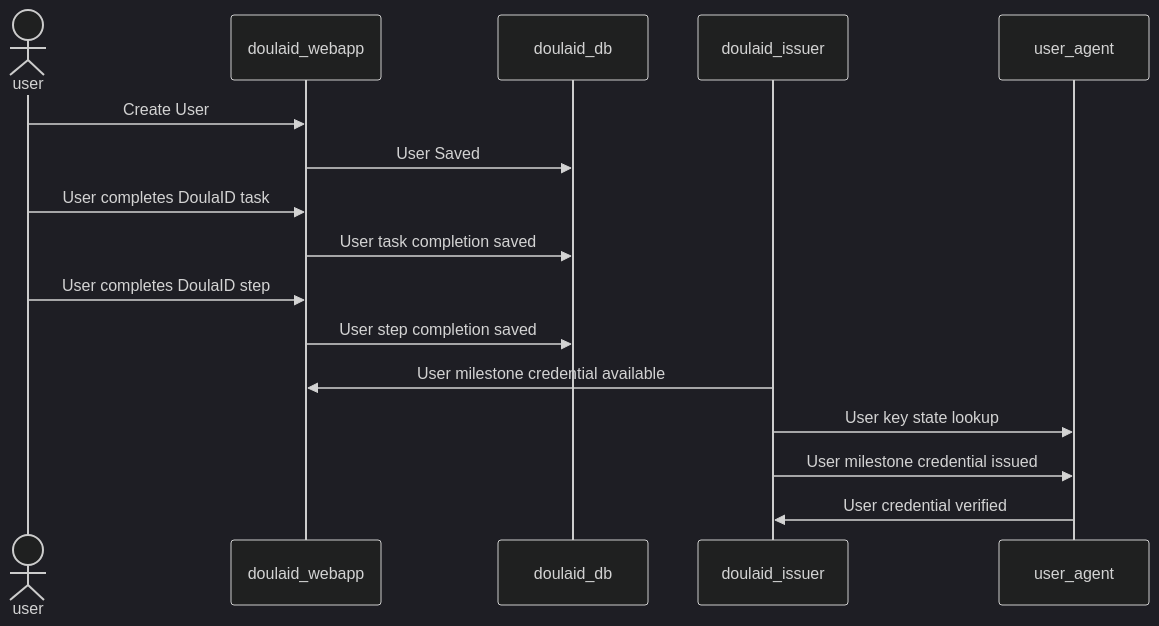
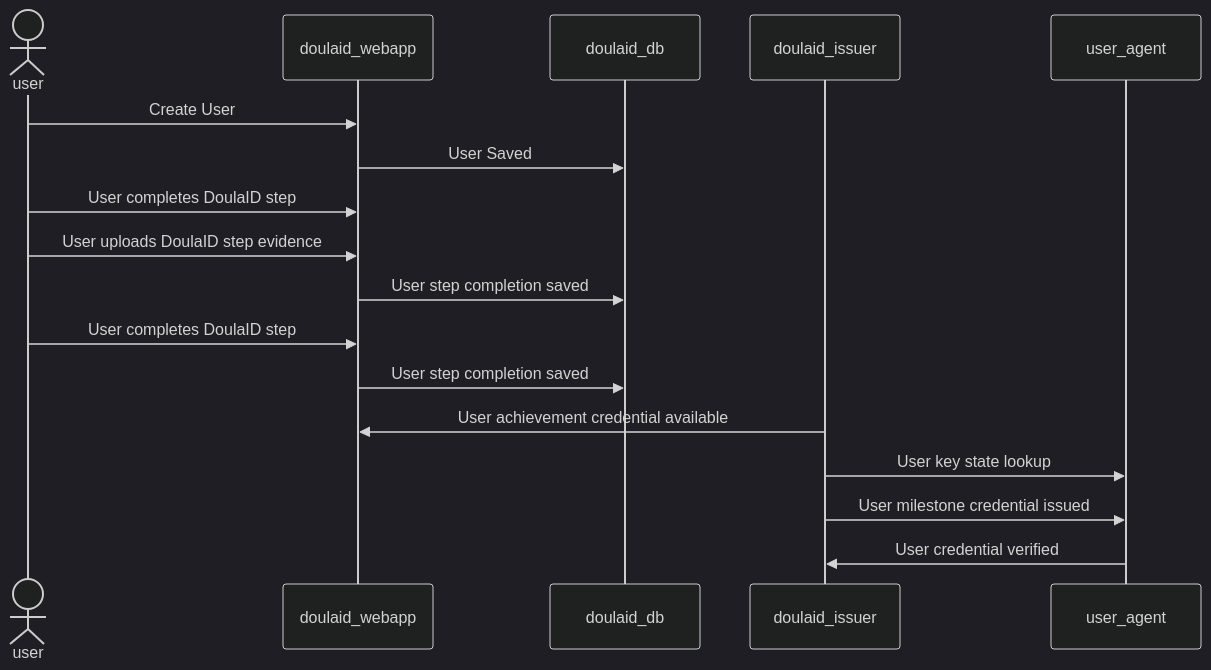
Before and after one commit to roots-id/DoulaID: the diagram in DESIGN.md, drawn with Mermaid (dark theme).

````diff
--- a/DESIGN.md
+++ b/DESIGN.md
@@ -11,14 +11,15 @@
 ```mermaid
 sequenceDiagram
 actor user
 user->>doulaid_webapp: Create User
 doulaid_webapp->>doulaid_db: User Saved
-user->>doulaid_webapp: User completes DoulaID task
-doulaid_webapp->>doulaid_db: User task completion saved
+user->>doulaid_webapp: User completes DoulaID step
+user->>doulaid_webapp: User uploads DoulaID step evidence
+doulaid_webapp->>doulaid_db: User step completion saved
 user->>doulaid_webapp: User completes DoulaID step
 doulaid_webapp->>doulaid_db: User step completion saved
-doulaid_issuer->>doulaid_webapp: User milestone credential available
+doulaid_issuer->>doulaid_webapp: User achievement credential available
 doulaid_issuer->>user_agent: User key state lookup
 doulaid_issuer->>user_agent: User milestone credential issued
 user_agent->>doulaid_issuer: User credential verified
 ```
````
